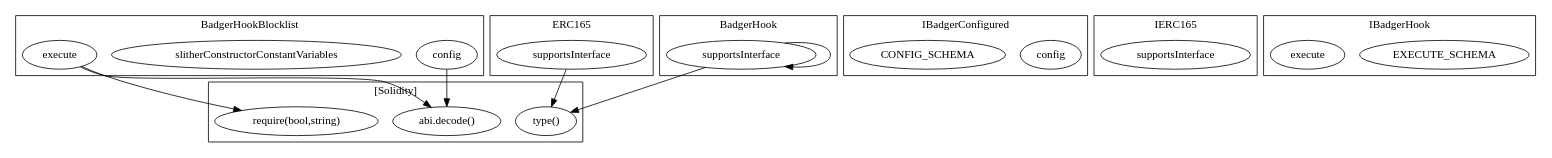
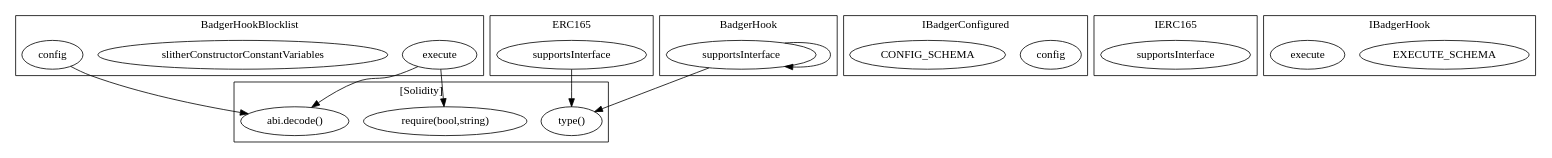
Before and after one commit to FlipsideCrypto/badger: the diagram in contracts/build/...BadgerHookBlocklist.call-graph.dot, drawn with Graphviz. The commit also changed other lines of this file and 23 other files, not shown here.

```diff
--- a/contracts/build/...BadgerHookBlocklist.call-graph.dot
+++ b/contracts/build/...BadgerHookBlocklist.call-graph.dot
@@ -1,36 +1,36 @@
 strict digraph {
 subgraph cluster_5410_BadgerHookBlocklist {
 label = "BadgerHookBlocklist"
+"5410_execute" [label="execute"]
+"5410_slitherConstructorConstantVariables" [label="slitherConstructorConstantVariables"]
 "5410_config" [label="config"]
-"5410_slitherConstructorConstantVariables" [label="slitherConstructorConstantVariables"]
-"5410_execute" [label="execute"]
 }subgraph cluster_6468_IBadgerConfigured {
 label = "IBadgerConfigured"
 "6468_config" [label="config"]
 "6468_CONFIG_SCHEMA" [label="CONFIG_SCHEMA"]
 }subgraph cluster_3081_ERC165 {
 label = "ERC165"
 "3081_supportsInterface" [label="supportsInterface"]
 }subgraph cluster_3093_IERC165 {
 label = "IERC165"
 "3093_supportsInterface" [label="supportsInterface"]
 }subgraph cluster_6488_IBadgerHook {
 label = "IBadgerHook"
 "6488_EXECUTE_SCHEMA" [label="EXECUTE_SCHEMA"]
 "6488_execute" [label="execute"]
 }subgraph cluster_4956_BadgerHook {
 label = "BadgerHook"
 "4956_supportsInterface" [label="supportsInterface"]
 "4956_supportsInterface" -> "4956_supportsInterface"
 }subgraph cluster_solidity {
 label = "[Solidity]"
+"type()" 
 "require(bool,string)" 
 "abi.decode()" 
-"type()" 
+"3081_supportsInterface" -> "type()"
+"4956_supportsInterface" -> "type()"
+"5410_execute" -> "require(bool,string)"
 "5410_config" -> "abi.decode()"
-"5410_execute" -> "require(bool,string)"
-"4956_supportsInterface" -> "type()"
-"3081_supportsInterface" -> "type()"
 "5410_execute" -> "abi.decode()"
 }
 }
```
